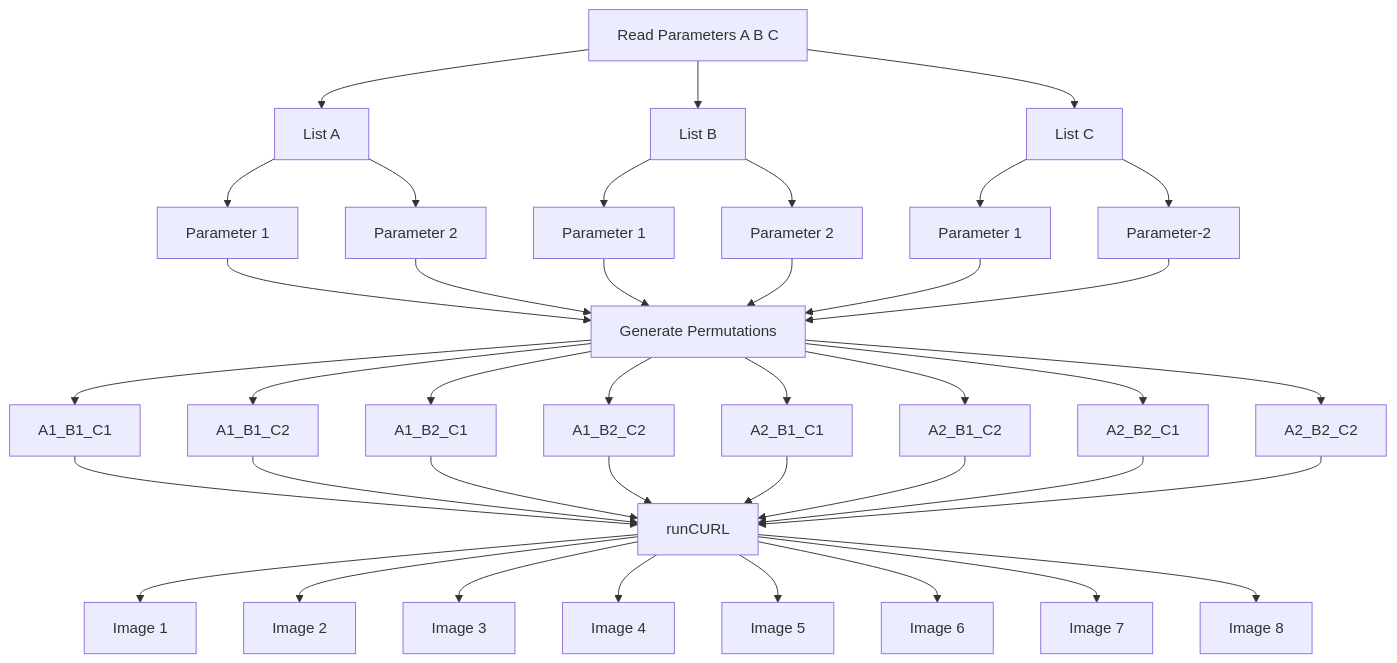
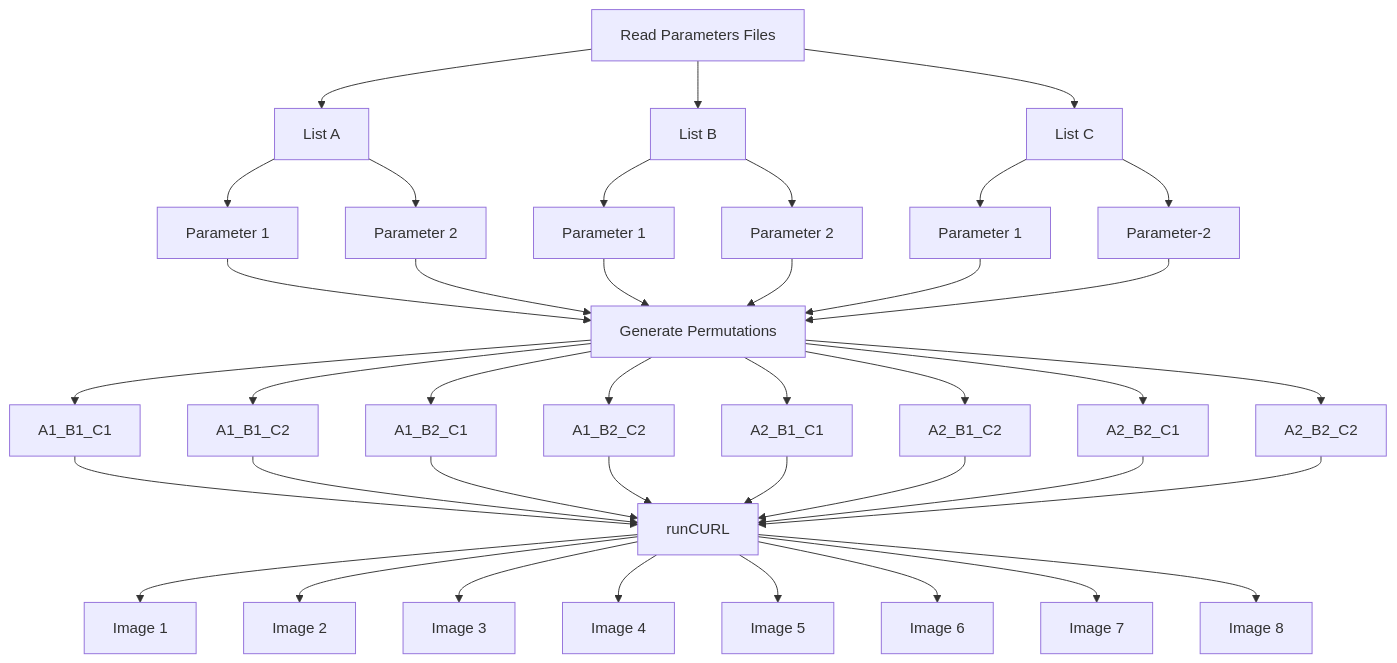
The diagram in README.md (daedon/Fooocus-API-XYZ), drawn with Mermaid before and after one commit.

````diff
--- a/README.md
+++ b/README.md
@@ -144,47 +144,47 @@
 ```mermaid
 graph TD;
-    Read_Parameters[Read Parameters A B C]-->listA[List A];
+    Read_Parameters[Read Parameters Files]-->listA[List A];
     Read_Parameters-->listB[List B];
     Read_Parameters-->listC[List C];
     listA-->A1[Parameter 1];
     listA-->A2[Parameter 2];
     listB-->B1[Parameter 1];
     listB-->B2[Parameter 2];
     listC-->C1[Parameter 1];
     listC-->C2[Parameter-2];
 
     A1-->Generate_Permutation[Generate Permutations];
     A2-->Generate_Permutation;
     B1-->Generate_Permutation;
     B2-->Generate_Permutation;
     C1-->Generate_Permutation;
     C2-->Generate_Permutation;
 
-    Generate_Permutation-->A1_B1_C1;
-    Generate_Permutation-->A1_B1_C2;
-    Generate_Permutation-->A1_B2_C1;
-    Generate_Permutation-->A1_B2_C2;
-    Generate_Permutation-->A2_B1_C1;
-    Generate_Permutation-->A2_B1_C2;
-    Generate_Permutation-->A2_B2_C1;
-    Generate_Permutation-->A2_B2_C2;
+    Generate_Permutation-->A1_B1_C1[A1_B1_C1];
+    Generate_Permutation-->A1_B1_C2[A1_B1_C2];
+    Generate_Permutation-->A1_B2_C1[A1_B2_C1];
+    Generate_Permutation-->A1_B2_C2[A1_B2_C2];
+    Generate_Permutation-->A2_B1_C1[A2_B1_C1];
+    Generate_Permutation-->A2_B1_C2[A2_B1_C2];
+    Generate_Permutation-->A2_B2_C1[A2_B2_C1];
+    Generate_Permutation-->A2_B2_C2[A2_B2_C2];
 
     A1_B1_C1-->CurlCall[runCURL];
     A1_B1_C2-->CurlCall;
     A1_B2_C1-->CurlCall;
     A1_B2_C2-->CurlCall;
     A2_B1_C1-->CurlCall;
     A2_B1_C2-->CurlCall;
     A2_B2_C1-->CurlCall;
     A2_B2_C2-->CurlCall;
 
     CurlCall-->ImageA1_B1_C1[Image 1];
     CurlCall-->ImageA1_B1_C2[Image 2];
     CurlCall-->ImageA1_B2_C1[Image 3];
     CurlCall-->ImageA1_B2_C2[Image 4];
     CurlCall-->ImageA2_B1_C1[Image 5];
     CurlCall-->ImageA2_B1_C2[Image 6];
     CurlCall-->ImageA2_B2_C1[Image 7];
     CurlCall-->ImageA2_B2_C2[Image 8];
 
 ```
````
